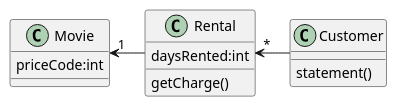
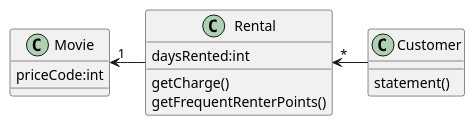
One commit to k2works/etude_for_java changed the second of 3 diagrams in docs/src/refacotring.md. Above: the diagram before and after it, drawn with PlantUML. The commit also changed other lines of this file and 6 other files, not shown here.

````diff
--- a/docs/src/refacotring.md
+++ b/docs/src/refacotring.md
@@ -42,14 +43,15 @@
 ```puml
 class Movie {
   priceCode:int
 }
 class Rental {
   daysRented:int
   getCharge()
+  getFrequentRenterPoints()
 }
 class Customer {
   statement()
 }
 Movie "1"<- Rental
 Rental "*"<- Customer
 ```
````
